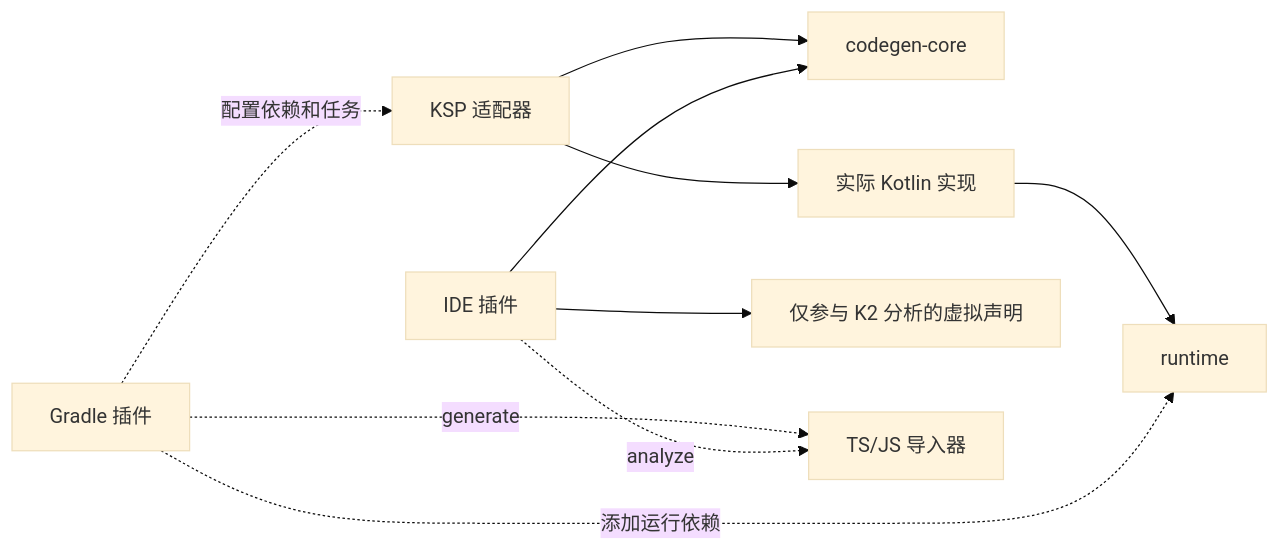
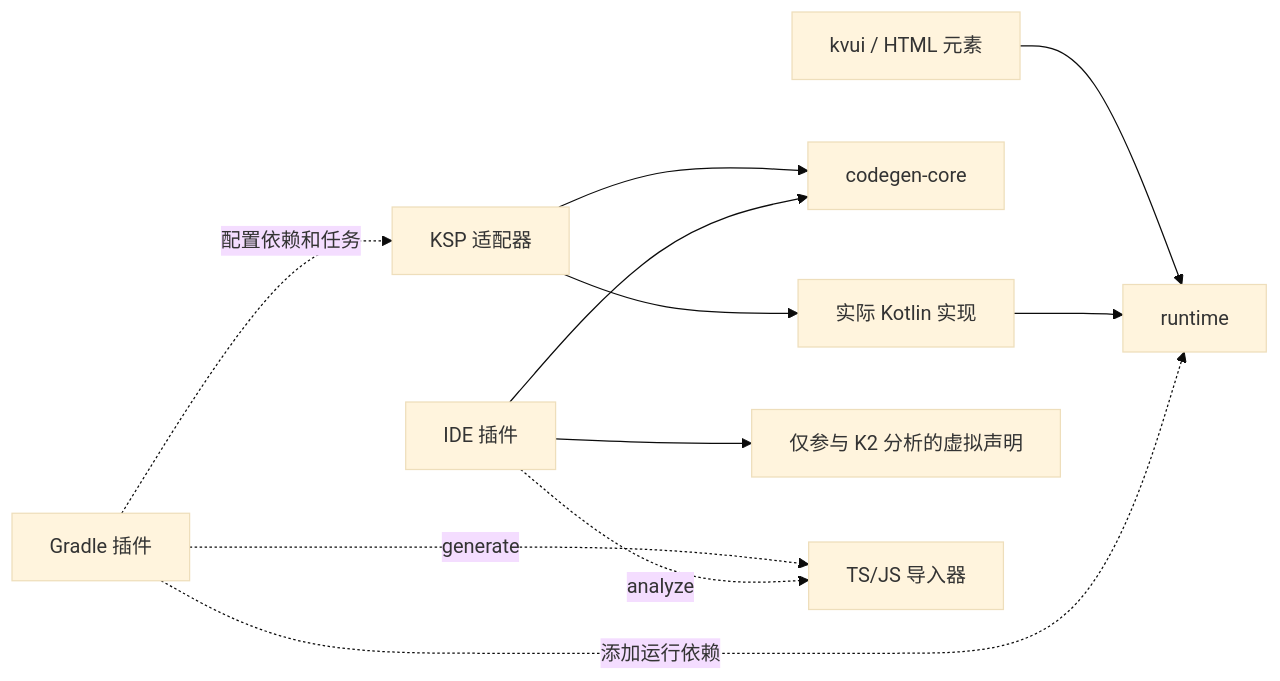
Before and after one commit to IceCream-QAQ/KVUE: the diagram in docs/ide-and-build.md, drawn with Mermaid (base theme). The commit also changed other lines of this file and 19 other files, not shown here.

Commit message:
Add KVUI native HTML DSL and form bindings

````diff
--- a/docs/ide-and-build.md
+++ b/docs/ide-and-build.md
@@ -21,13 +22,14 @@
 ```mermaid
 flowchart LR
     R[runtime]
+    U[kvui / HTML 元素] --> R
     K[KSP 适配器] --> C[codegen-core]
     I[IDE 插件] --> C
     K --> F[实际 Kotlin 实现]
     I --> V[仅参与 K2 分析的虚拟声明]
     F --> R
     G[Gradle 插件] -. 配置依赖和任务 .-> K
     G -. 添加运行依赖 .-> R
     G -. generate .-> J[TS/JS 导入器]
     I -. analyze .-> J
 ```
````
